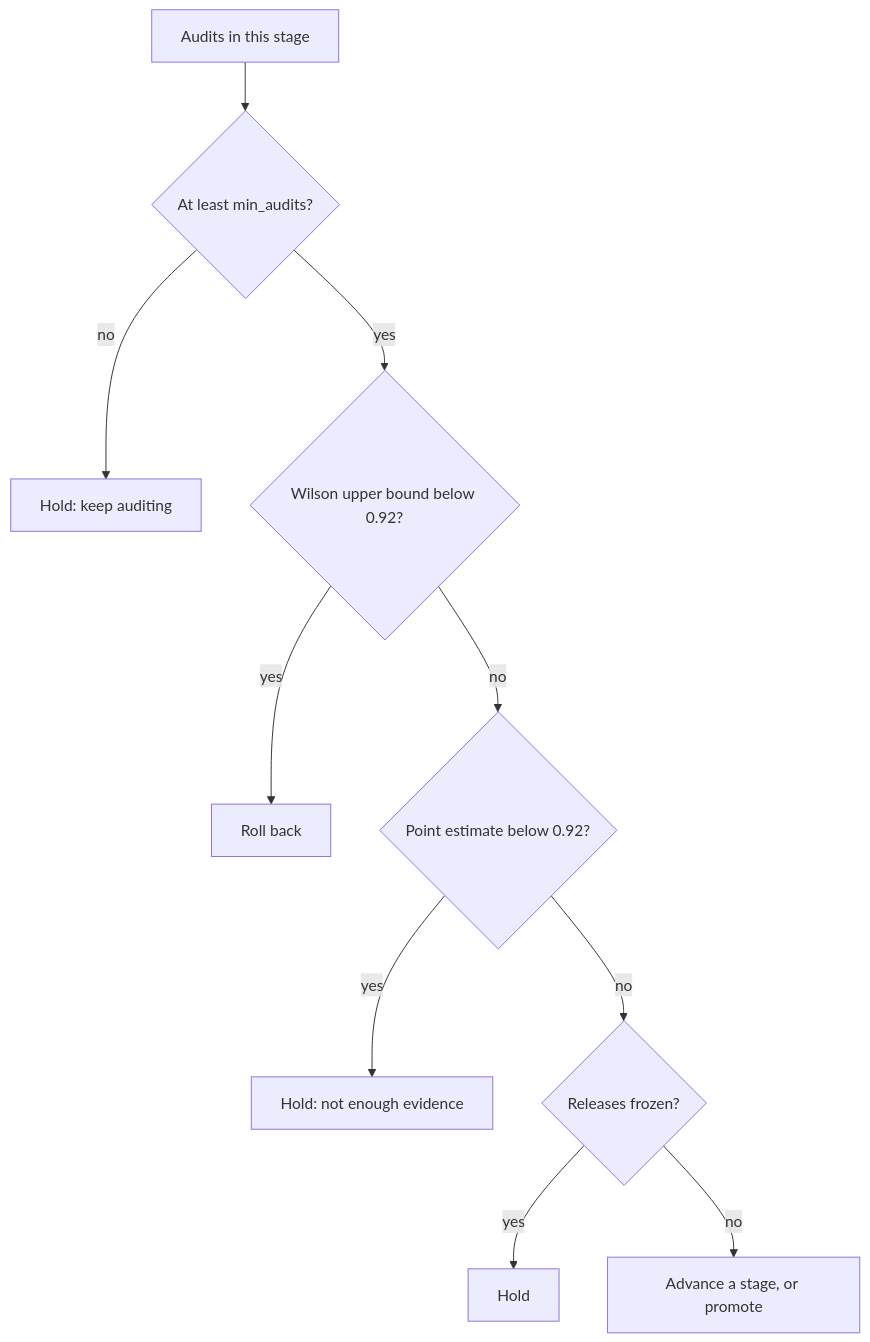
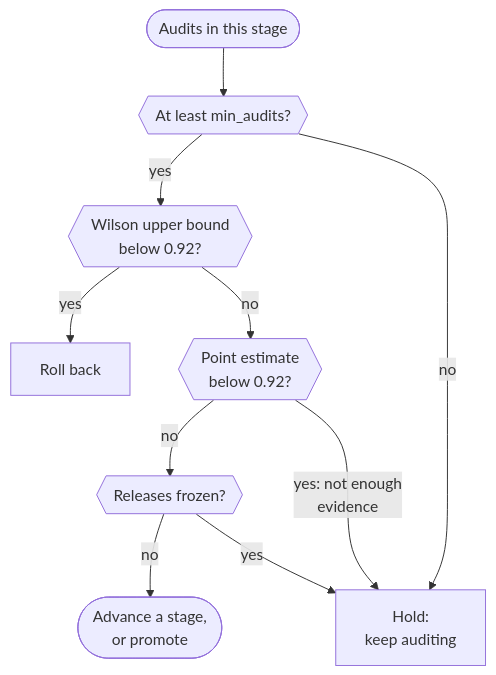
The fourth of 5 diagrams in docs-site/src/content/docs/guides/release-gate.mdx (harshbhx/ratchet), drawn with Mermaid before and after one commit. The commit also changed other lines of this file and 25 other files, not shown here.

````diff
--- a/docs-site/src/content/docs/guides/release-gate.mdx
+++ b/docs-site/src/content/docs/guides/release-gate.mdx
@@ -140,12 +202,18 @@
 ```mermaid
-flowchart TD
-  A["Audits in this stage"] --> N{"At least min_audits?"}
-  N -->|no| Hold1["Hold: keep auditing"]
-  N -->|yes| W{"Wilson upper bound below 0.92?"}
+flowchart TB
+  A(["Audits in this stage"]) --> N{{"At least min_audits?"}}
+  N -->|yes| W{{"Wilson upper bound<br/>below 0.92?"}}
   W -->|yes| Back["Roll back"]
-  W -->|no| P{"Point estimate below 0.92?"}
-  P -->|yes| Hold2["Hold: not enough evidence"]
-  P -->|no| F{"Releases frozen?"}
-  F -->|yes| Hold3["Hold"]
-  F -->|no| Up["Advance a stage, or promote"]
+  W -->|no| P{{"Point estimate<br/>below 0.92?"}}
+  P -->|no| F{{"Releases frozen?"}}
+  F -->|no| Up(["Advance a stage,<br/>or promote"])
+  N -->|no| Hold["Hold:<br/>keep auditing"]
+  P -->|"yes: not enough<br/>evidence"| Hold
+  F -->|yes| Hold
+
+  class A neutral
+  class N,W,P,F gate
+  class Back danger
+  class Up ok
+  class Hold neutral
 ```
````
